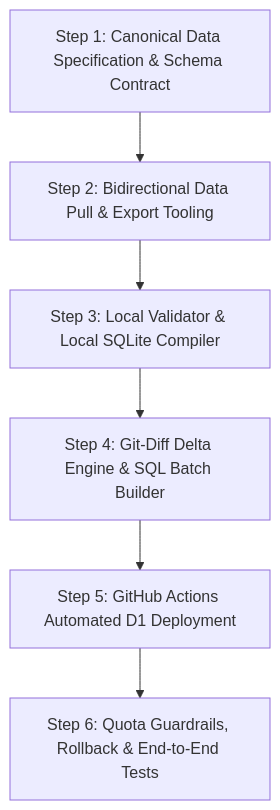
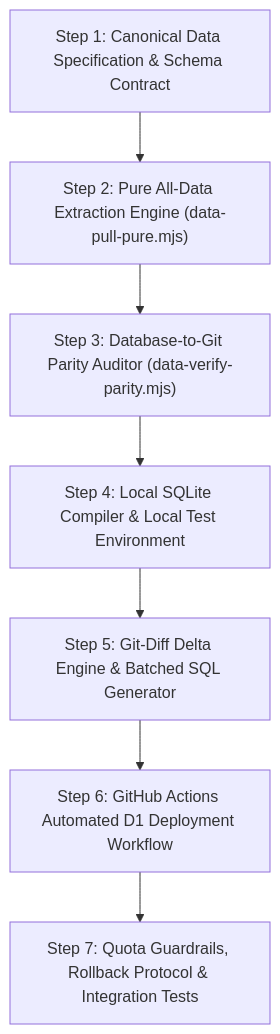
One commit to Mohit12441/anihubstream changed the diagram in plans/local-github-cloudflare-d1-sync.md. Above: the diagram before and after it, drawn with Mermaid. The commit also changed other lines of this file, not shown here.

Commit message:
docs(plan): update blueprint to include pure all-data mirror across cloudflare and github

````diff
--- a/plans/local-github-cloudflare-d1-sync.md
+++ b/plans/local-github-cloudflare-d1-sync.md
@@ -93,8 +112,9 @@
 ```mermaid
 flowchart TD
-    Step1["Step 1: Canonical Data Specification & Schema Contract"] --> Step2["Step 2: Bidirectional Data Pull & Export Tooling"]
-    Step2 --> Step3["Step 3: Local Validator & Local SQLite Compiler"]
-    Step3 --> Step4["Step 4: Git-Diff Delta Engine & SQL Batch Builder"]
-    Step4 --> Step5["Step 5: GitHub Actions Automated D1 Deployment"]
-    Step5 --> Step6["Step 6: Quota Guardrails, Rollback & End-to-End Tests"]
+    Step1["Step 1: Canonical Data Specification & Schema Contract"] --> Step2["Step 2: Pure All-Data Extraction Engine (data-pull-pure.mjs)"]
+    Step2 --> Step3["Step 3: Database-to-Git Parity Auditor (data-verify-parity.mjs)"]
+    Step3 --> Step4["Step 4: Local SQLite Compiler & Local Test Environment"]
+    Step4 --> Step5["Step 5: Git-Diff Delta Engine & Batched SQL Generator"]
+    Step5 --> Step6["Step 6: GitHub Actions Automated D1 Deployment Workflow"]
+    Step6 --> Step7["Step 7: Quota Guardrails, Rollback Protocol & Integration Tests"]
 ```
````
